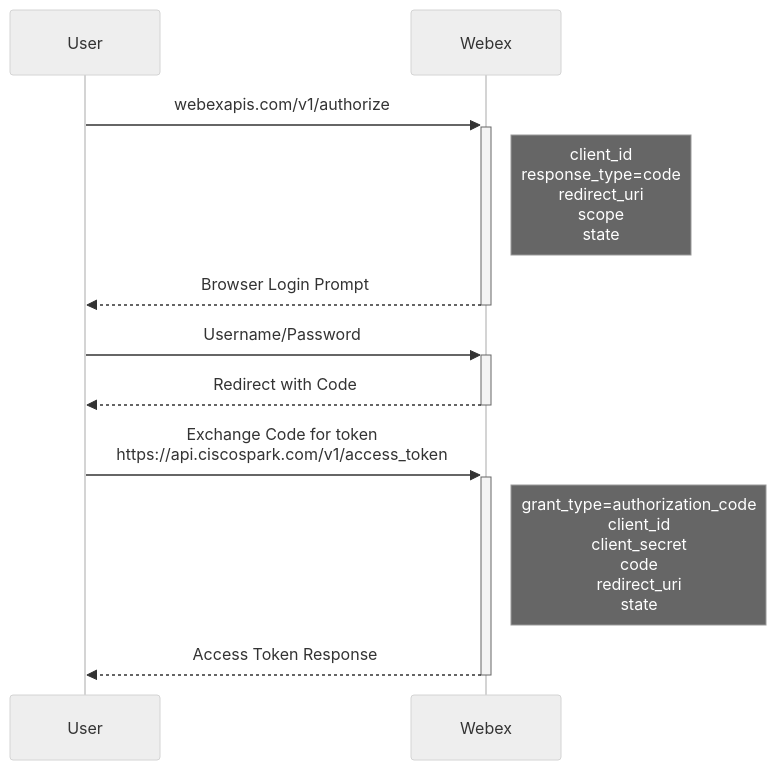
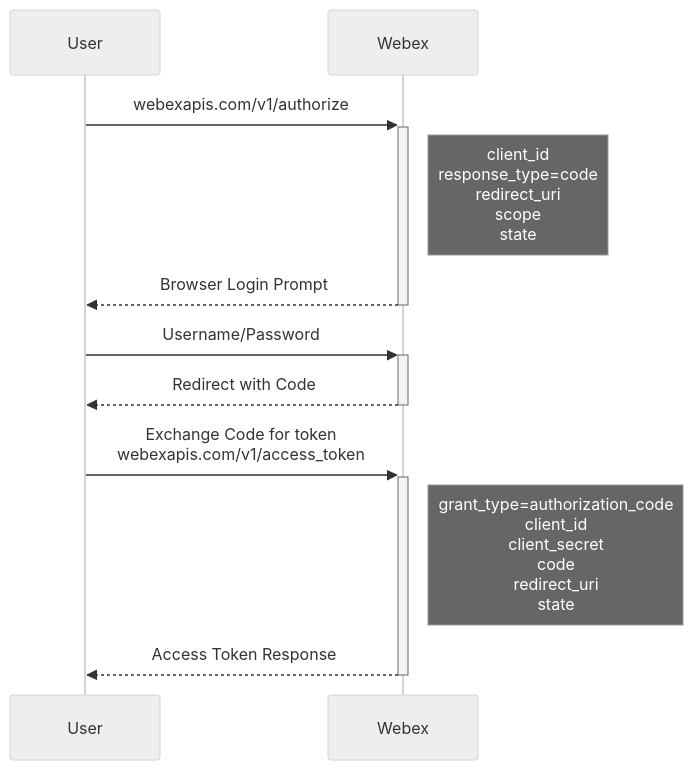
One commit to darrenparkinson/wtr changed the diagram in images/retrieve-sequence-diagram.mmd. Above: the diagram before and after it, drawn with Mermaid (neutral theme). The commit also changed 13 other files, not shown here.

```diff
--- a/images/retrieve-sequence-diagram.mmd
+++ b/images/retrieve-sequence-diagram.mmd
@@ -1,11 +1,11 @@
 sequenceDiagram
     participant User
     participant Webex
     User->>+Webex: webexapis.com/v1/authorize
     Note right of Webex: client_id<br/>response_type=code<br/>redirect_uri<br/>scope<br/>state
     Webex-->>-User: Browser Login Prompt
     User->>+Webex: Username/Password
     Webex-->>-User: Redirect with Code
-    User->>+Webex: Exchange Code for token<br/>https://api.ciscospark.com/v1/access_token
+    User->>+Webex: Exchange Code for token<br/>webexapis.com/v1/access_token
     Note right of Webex: grant_type=authorization_code<br/>client_id<br/>client_secret<br/>code<br/>redirect_uri<br/>state
     Webex-->>-User: Access Token Response
```
